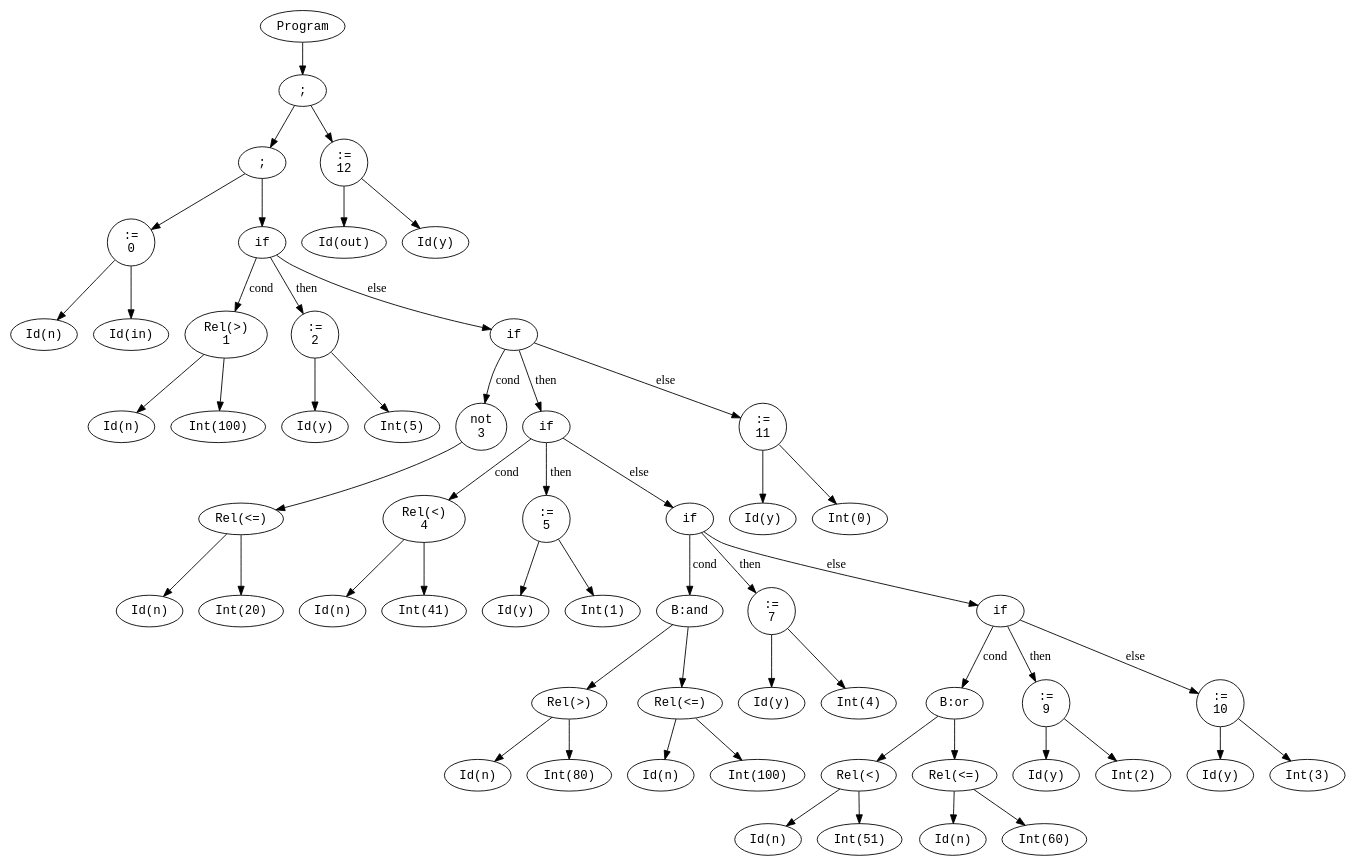
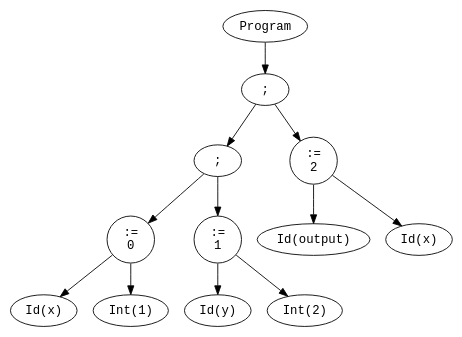
One commit to CatchSyntaxTerror/Terminators changed the diagram in project2/dotfiles/ast.dot. Above: the diagram before and after it, drawn with Graphviz. The commit also changed 22 other files, not shown here.

```diff
--- a/project2/dotfiles/ast.dot
+++ b/project2/dotfiles/ast.dot
@@ -1,114 +1,26 @@
 digraph AST {
   node [shape=ellipse, fontname="Courier"];
   n1 [label="Program"];
   n2 [label=";"];
   n3 [label=";"];
   n4 [label=":=\n0"];
-  n5 [label="Id(n)"];
-  n6 [label="Id(in)"];
+  n5 [label="Id(x)"];
+  n6 [label="Int(1)"];
   n4 -> n5;
   n4 -> n6;
-  n7 [label="if"];
-  n8 [label="Rel(>)\n1"];
-  n9 [label="Id(n)"];
-  n10 [label="Int(100)"];
-  n8 -> n9;
-  n8 -> n10;
-  n11 [label=":=\n2"];
-  n12 [label="Id(y)"];
-  n13 [label="Int(5)"];
-  n11 -> n12;
-  n11 -> n13;
-  n14 [label="if"];
-  n15 [label="not\n3"];
-  n16 [label="Rel(<=)"];
-  n17 [label="Id(n)"];
-  n18 [label="Int(20)"];
-  n16 -> n17;
-  n16 -> n18;
-  n15 -> n16;
-  n19 [label="if"];
-  n20 [label="Rel(<)\n4"];
-  n21 [label="Id(n)"];
-  n22 [label="Int(41)"];
-  n20 -> n21;
-  n20 -> n22;
-  n23 [label=":=\n5"];
-  n24 [label="Id(y)"];
-  n25 [label="Int(1)"];
-  n23 -> n24;
-  n23 -> n25;
-  n26 [label="if"];
-  n27 [label="B:and"];
-  n28 [label="Rel(>)"];
-  n29 [label="Id(n)"];
-  n30 [label="Int(80)"];
-  n28 -> n29;
-  n28 -> n30;
-  n31 [label="Rel(<=)"];
-  n32 [label="Id(n)"];
-  n33 [label="Int(100)"];
-  n31 -> n32;
-  n31 -> n33;
-  n27 -> n28;
-  n27 -> n31;
-  n34 [label=":=\n7"];
-  n35 [label="Id(y)"];
-  n36 [label="Int(4)"];
-  n34 -> n35;
-  n34 -> n36;
-  n37 [label="if"];
-  n38 [label="B:or"];
-  n39 [label="Rel(<)"];
-  n40 [label="Id(n)"];
-  n41 [label="Int(51)"];
-  n39 -> n40;
-  n39 -> n41;
-  n42 [label="Rel(<=)"];
-  n43 [label="Id(n)"];
-  n44 [label="Int(60)"];
-  n42 -> n43;
-  n42 -> n44;
-  n38 -> n39;
-  n38 -> n42;
-  n45 [label=":=\n9"];
-  n46 [label="Id(y)"];
-  n47 [label="Int(2)"];
-  n45 -> n46;
-  n45 -> n47;
-  n48 [label=":=\n10"];
-  n49 [label="Id(y)"];
-  n50 [label="Int(3)"];
-  n48 -> n49;
-  n48 -> n50;
-  n37 -> n38 [label="cond"];
-  n37 -> n45 [label="then"];
-  n37 -> n48 [label="else"];
-  n26 -> n27 [label="cond"];
-  n26 -> n34 [label="then"];
-  n26 -> n37 [label="else"];
-  n19 -> n20 [label="cond"];
-  n19 -> n23 [label="then"];
-  n19 -> n26 [label="else"];
-  n51 [label=":=\n11"];
-  n52 [label="Id(y)"];
-  n53 [label="Int(0)"];
-  n51 -> n52;
-  n51 -> n53;
-  n14 -> n15 [label="cond"];
-  n14 -> n19 [label="then"];
-  n14 -> n51 [label="else"];
-  n7 -> n8 [label="cond"];
-  n7 -> n11 [label="then"];
-  n7 -> n14 [label="else"];
+  n7 [label=":=\n1"];
+  n8 [label="Id(y)"];
+  n9 [label="Int(2)"];
+  n7 -> n8;
+  n7 -> n9;
   n3 -> n4;
   n3 -> n7;
-  n54 [label=":=\n12"];
-  n55 [label="Id(out)"];
-  n56 [label="Id(y)"];
-  n54 -> n55;
-  n54 -> n56;
+  n10 [label=":=\n2"];
+  n11 [label="Id(output)"];
+  n12 [label="Id(x)"];
+  n10 -> n11;
+  n10 -> n12;
   n2 -> n3;
-  n2 -> n54;
+  n2 -> n10;
   n1 -> n2;
 }
```
